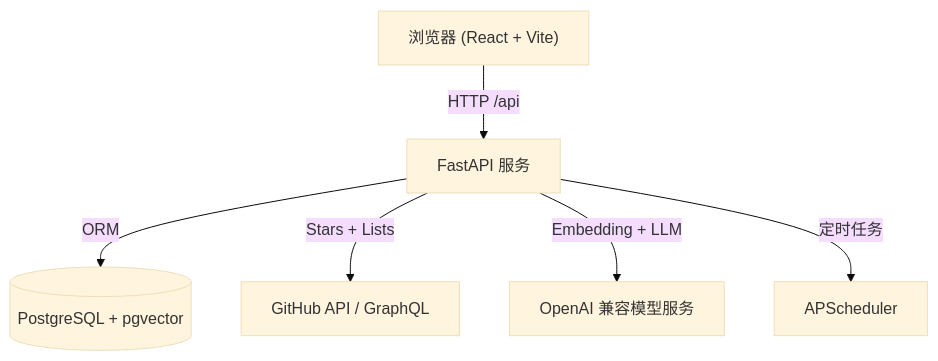
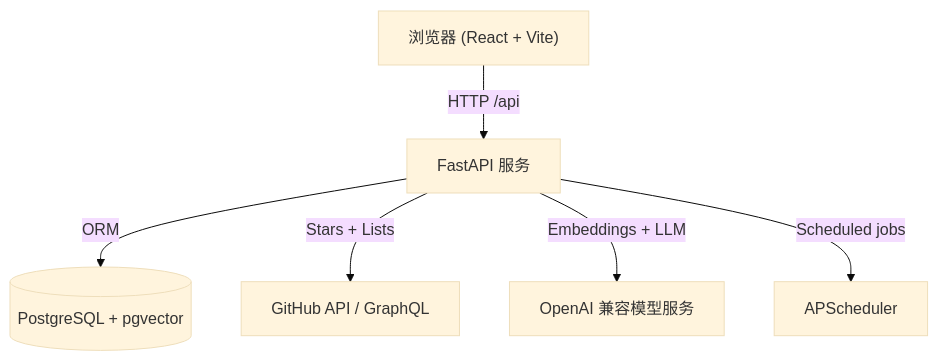
The first of 2 diagrams in README.zh.md (Tendo33/MyNebula), drawn with Mermaid (base theme) before and after one commit. The commit also changed other lines of this file and 2 other files, not shown here.

````diff
--- a/README.zh.md
+++ b/README.zh.md
@@ -49,8 +130,8 @@
 ```mermaid
 graph TD
     Browser["浏览器 (React + Vite)"] -->|HTTP /api| FastAPI["FastAPI 服务"]
     FastAPI -->|ORM| Postgres[("PostgreSQL + pgvector")]
     FastAPI -->|Stars + Lists| GitHub["GitHub API / GraphQL"]
-    FastAPI -->|Embedding + LLM| AI["OpenAI 兼容模型服务"]
-    FastAPI -->|定时任务| APS["APScheduler"]
+    FastAPI -->|Embeddings + LLM| AI["OpenAI 兼容模型服务"]
+    FastAPI -->|Scheduled jobs| APS["APScheduler"]
 ```
````
